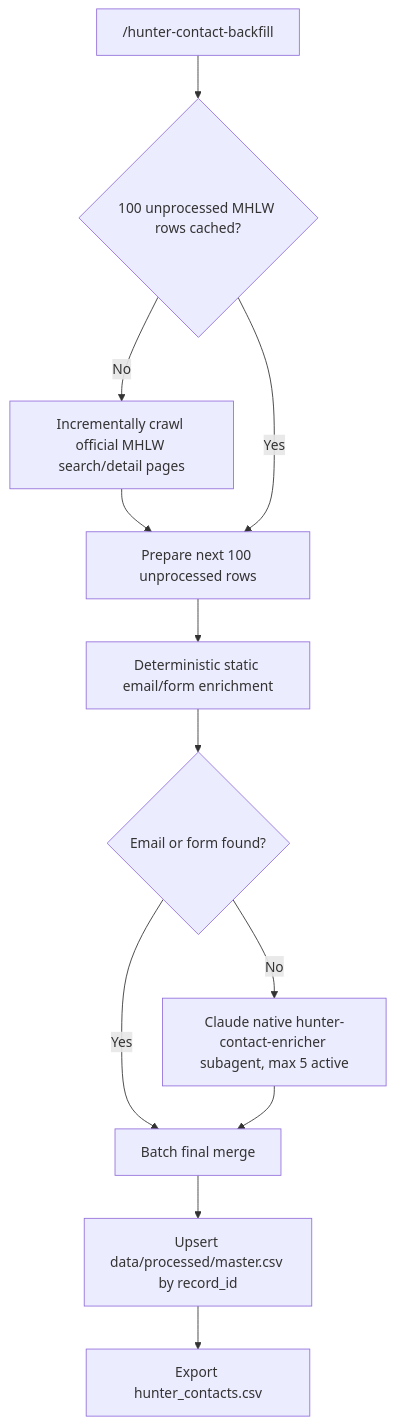
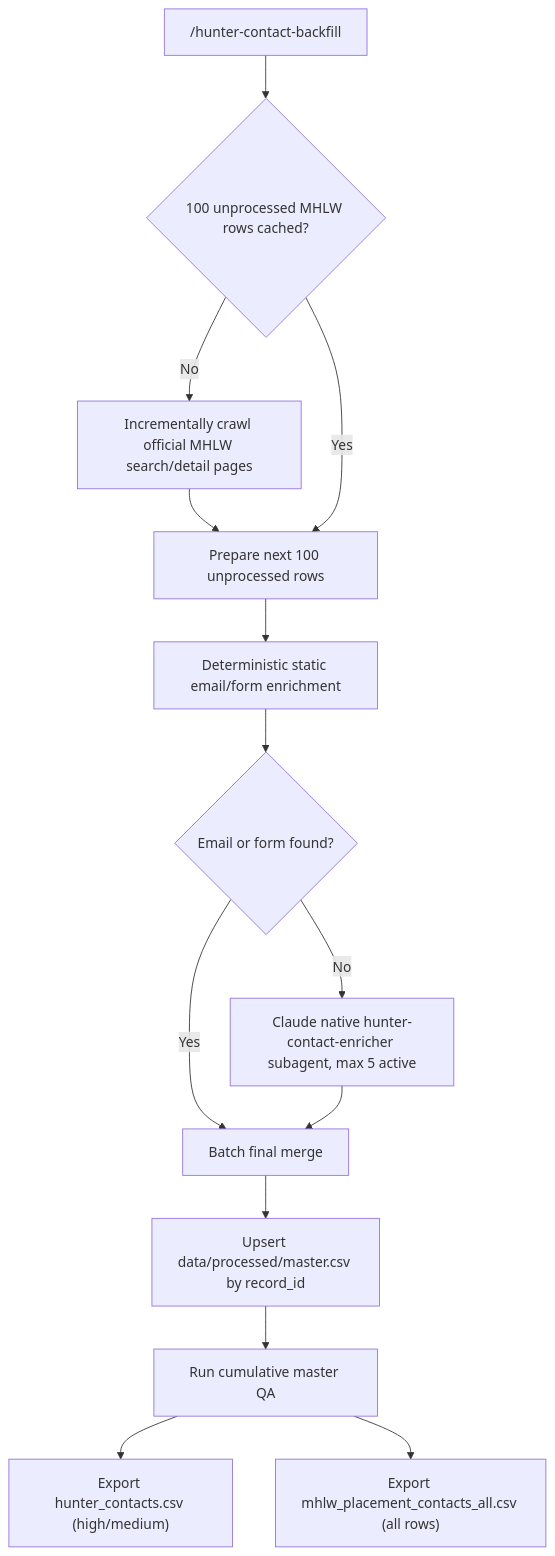
One commit to FrankQDWang/hunterdata changed the diagram in README.md. Above: the diagram before and after it, drawn with Mermaid. The commit also changed other lines of this file and 13 other files, not shown here.

````diff
--- a/README.md
+++ b/README.md
@@ -64,14 +72,16 @@
 ```mermaid
 flowchart TD
     A["/hunter-contact-backfill"] --> B{"100 unprocessed MHLW rows cached?"}
     B -- "No" --> C["Incrementally crawl official MHLW search/detail pages"]
     C --> D["Prepare next 100 unprocessed rows"]
     B -- "Yes" --> D
     D --> E["Deterministic static email/form enrichment"]
     E --> F{"Email or form found?"}
     F -- "Yes" --> H["Batch final merge"]
     F -- "No" --> G["Claude native hunter-contact-enricher subagent, max 5 active"]
     G --> H
     H --> I["Upsert data/processed/master.csv by record_id"]
-    I --> J["Export hunter_contacts.csv"]
+    I --> J["Run cumulative master QA"]
+    J --> K["Export hunter_contacts.csv (high/medium)"]
+    J --> L["Export mhlw_placement_contacts_all.csv (all rows)"]
 ```
````
